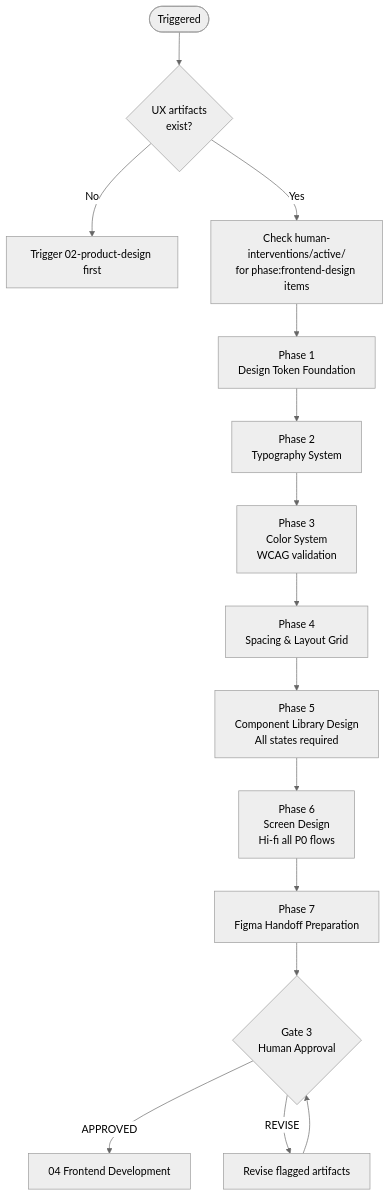
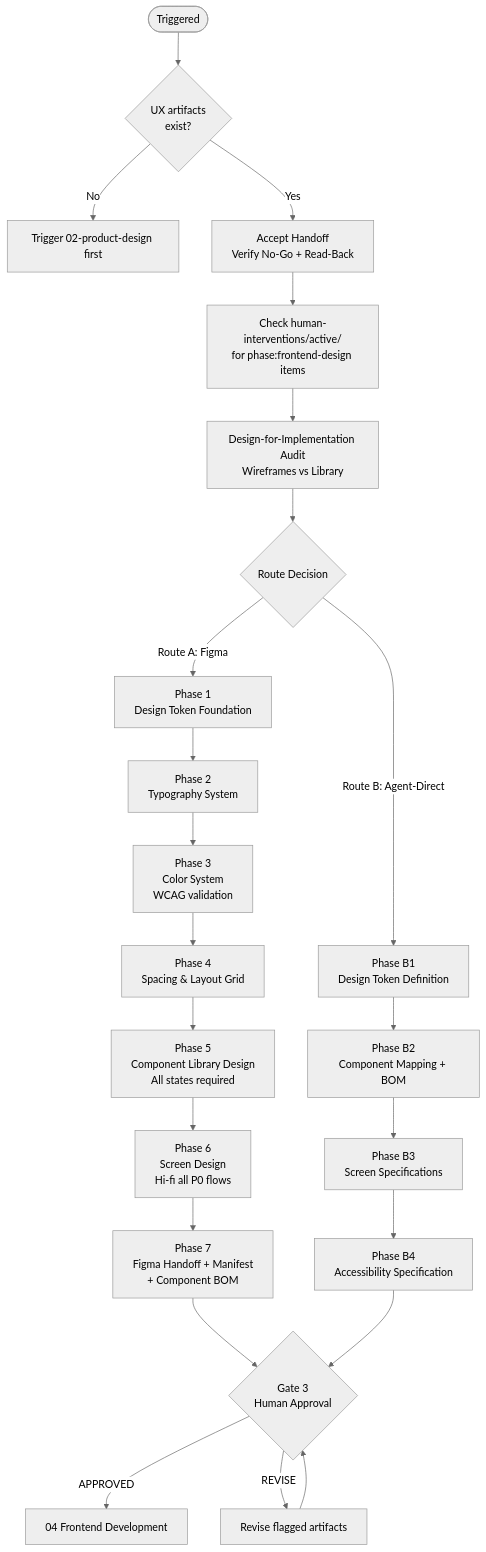
One commit to ivanyeors/product-agentic-templates changed the first of 2 diagrams in .cursor/skills/03-frontend-design/SKILL.md. Above: the diagram before and after it, drawn with Mermaid (neutral theme). The commit also changed other lines of this file and 13 other files, not shown here.

Commit message:
Enhance workflow documentation by introducing a unified **Handoff Package** format across all phases, detailing No-Go and Quality criteria for gate approvals. Update templates to ensure traceability of functional requirements (FR-IDs) and user stories (US-IDs) throughout the product lifecycle.

````diff
--- a/.cursor/skills/03-frontend-design/SKILL.md
+++ b/.cursor/skills/03-frontend-design/SKILL.md
@@ -36,17 +36,28 @@
 ```mermaid
 flowchart TD
     start([Triggered]) --> prereq{UX artifacts\nexist?}
     prereq -->|No| block[Trigger 02-product-design first]
-    prereq -->|Yes| hi_check[Check human-interventions/active/\nfor phase:frontend-design items]
-    hi_check --> s1[Phase 1\nDesign Token Foundation]
+    prereq -->|Yes| accept[Accept Handoff\nVerify No-Go + Read-Back]
+    accept --> hi_check[Check human-interventions/active/\nfor phase:frontend-design items]
+    hi_check --> dfi[Design-for-Implementation Audit\nWireframes vs Library]
+    dfi --> route{Route Decision}
+
+    route -->|"Route A: Figma"| s1[Phase 1\nDesign Token Foundation]
     s1 --> s2[Phase 2\nTypography System]
     s2 --> s3[Phase 3\nColor System\nWCAG validation]
     s3 --> s4[Phase 4\nSpacing & Layout Grid]
     s4 --> s5[Phase 5\nComponent Library Design\nAll states required]
     s5 --> s6[Phase 6\nScreen Design\nHi-fi all P0 flows]
-    s6 --> s7[Phase 7\nFigma Handoff Preparation]
+    s6 --> s7[Phase 7\nFigma Handoff + Manifest\n+ Component BOM]
+
+    route -->|"Route B: Agent-Direct"| b1[Phase B1\nDesign Token Definition]
+    b1 --> b2[Phase B2\nComponent Mapping + BOM]
+    b2 --> b3[Phase B3\nScreen Specifications]
+    b3 --> b4[Phase B4\nAccessibility Specification]
+
     s7 --> gate{Gate 3\nHuman Approval}
+    b4 --> gate
     gate -->|APPROVED| next[04 Frontend Development]
     gate -->|REVISE| revise[Revise flagged artifacts]
     revise --> gate
 ```
````
